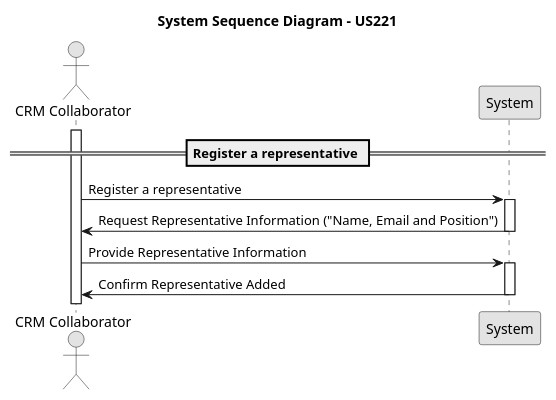
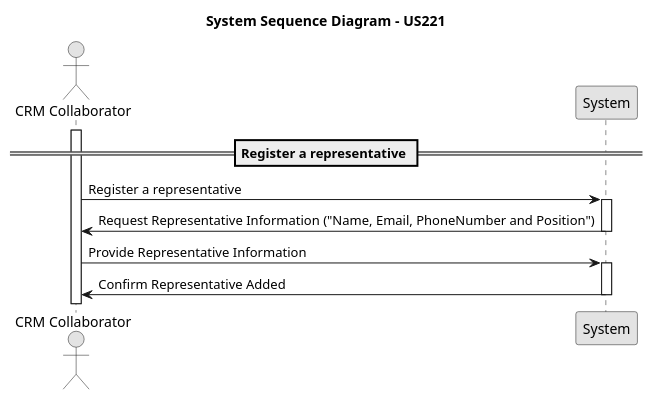
The diagram in docs/Sprint2/us_221/diagrams/system-sequence-diagram-US221.puml (rubenFreitas1/ISEP-LAPR4-2024-2025), drawn with PlantUML before and after one commit. The commit also changed 5 other files, not shown here.

```diff
--- a/docs/Sprint2/us_221/diagrams/system-sequence-diagram-US221.puml
+++ b/docs/Sprint2/us_221/diagrams/system-sequence-diagram-US221.puml
@@ -1,28 +1,28 @@
 @startuml
 skinparam monochrome true
 skinparam packageStyle rectangle
 skinparam shadowing false
 
 actor "CRM Collaborator" as crmCollaborator
 participant "System" as system
 
 title System Sequence Diagram - US221
 
 == Register a representative ==
 activate crmCollaborator
 
 crmCollaborator -> system : Register a representative
 activate system
 
-system -> crmCollaborator : Request Representative Information ("Name, Email and Position")
+system -> crmCollaborator : Request Representative Information ("Name, Email, PhoneNumber and Position")
 deactivate system
 crmCollaborator -> system : Provide Representative Information
 
 activate system
 
 system -> crmCollaborator : Confirm Representative Added
 deactivate system
 
 
 
 @enduml
```
